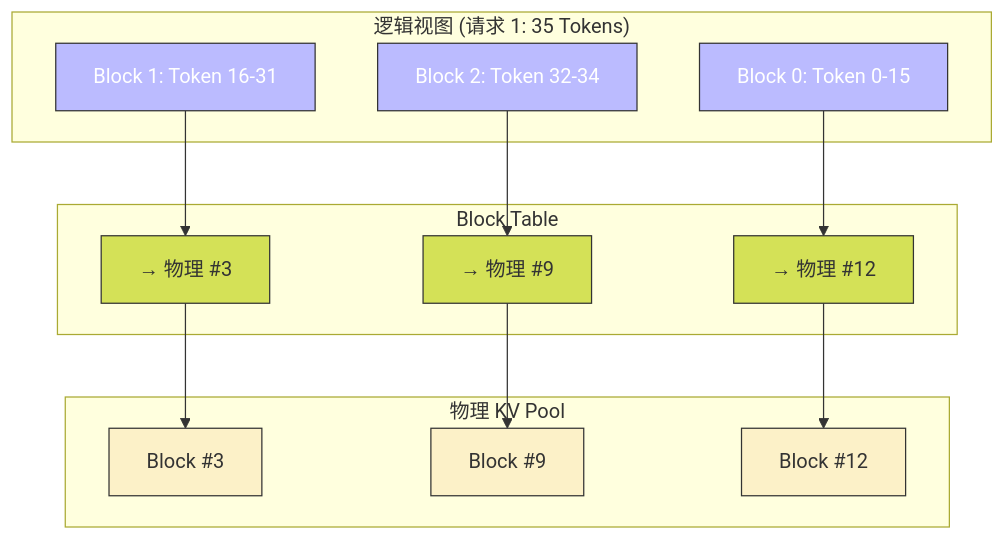
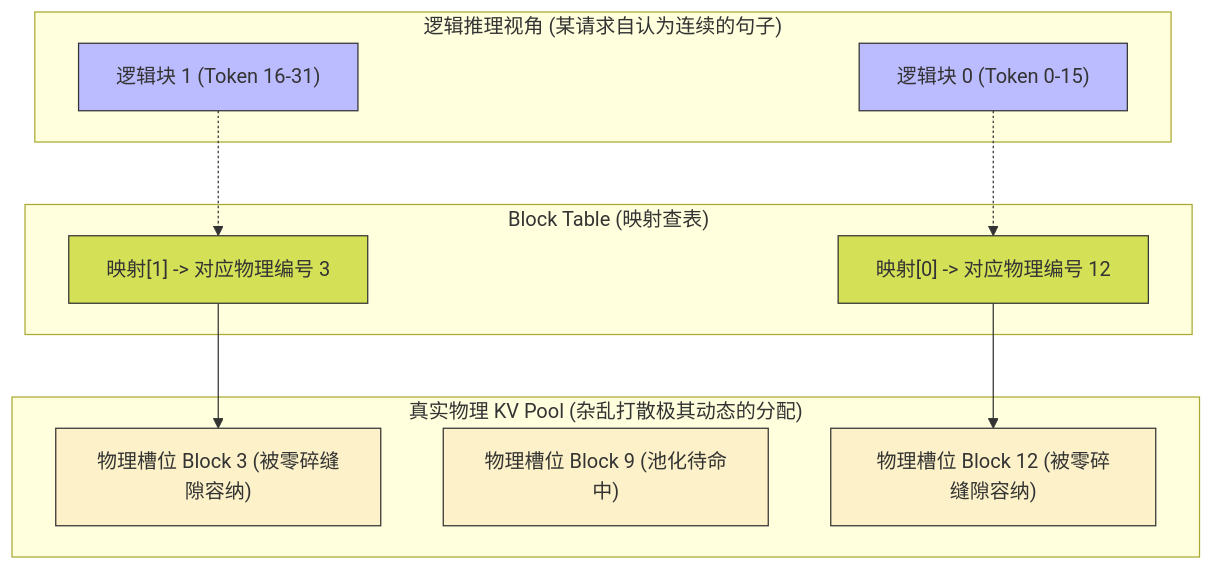
The second of 2 diagrams in Blogs/11_Inference_Optimization_Fusion_KVCache.md (psmarter/CUDA-Practice), drawn with Mermaid before and after one commit. The commit also changed other lines of this file and 14 other files, not shown here.

````diff
--- a/Blogs/11_Inference_Optimization_Fusion_KVCache.md
+++ b/Blogs/11_Inference_Optimization_Fusion_KVCache.md
@@ -88,28 +157,25 @@
 ```mermaid
 graph TD
-    classDef virtual fill:#bbf,stroke:#333,color:#fff;
-    classDef table fill:#d4e157,stroke:#333;
-    classDef phys fill:#fcf1c8,stroke:#333;
+    classDef virtual fill:#bbf,stroke:#333;
+    classDef block_t fill:#d4e157,stroke:#333;
+    classDef physical fill:#fcf1c8,stroke:#333;
 
-    subgraph "逻辑视图 (请求 1: 35 Tokens)"
-        L0["Block 0: Token 0-15"]:::virtual
-        L1["Block 1: Token 16-31"]:::virtual
-        L2["Block 2: Token 32-34"]:::virtual
+    subgraph "逻辑推理视角 (某请求自认为连续的句子)"
+        L0["逻辑块 0 (Token 0-15)"]:::virtual
+        L1["逻辑块 1 (Token 16-31)"]:::virtual
     end
 
-    subgraph "Block Table"
-        BT0["→ 物理 #12"]:::table
-        BT1["→ 物理 #3"]:::table
-        BT2["→ 物理 #9"]:::table
+    subgraph "Block Table (映射查表)"
+        T0["映射[0] -> 对应物理编号 12"]:::block_t
+        T1["映射[1] -> 对应物理编号 3"]:::block_t
     end
 
-    subgraph "物理 KV Pool"
-        P3["Block #3"]:::phys
-        P9["Block #9"]:::phys
-        P12["Block #12"]:::phys
+    subgraph "真实物理 KV Pool (杂乱打散极其动态的分配)"
+        P3["物理槽位 Block 3 (被零碎缝隙容纳)"]:::physical
+        P9["物理槽位 Block 9 (池化待命中)"]:::physical
+        P12["物理槽位 Block 12 (被零碎缝隙容纳)"]:::physical
     end
 
-    L0 --> BT0 --> P12
-    L1 --> BT1 --> P3
-    L2 --> BT2 --> P9
+    L0 -.-> T0; T0 --> P12
+    L1 -.-> T1; T1 --> P3
 ```
````
